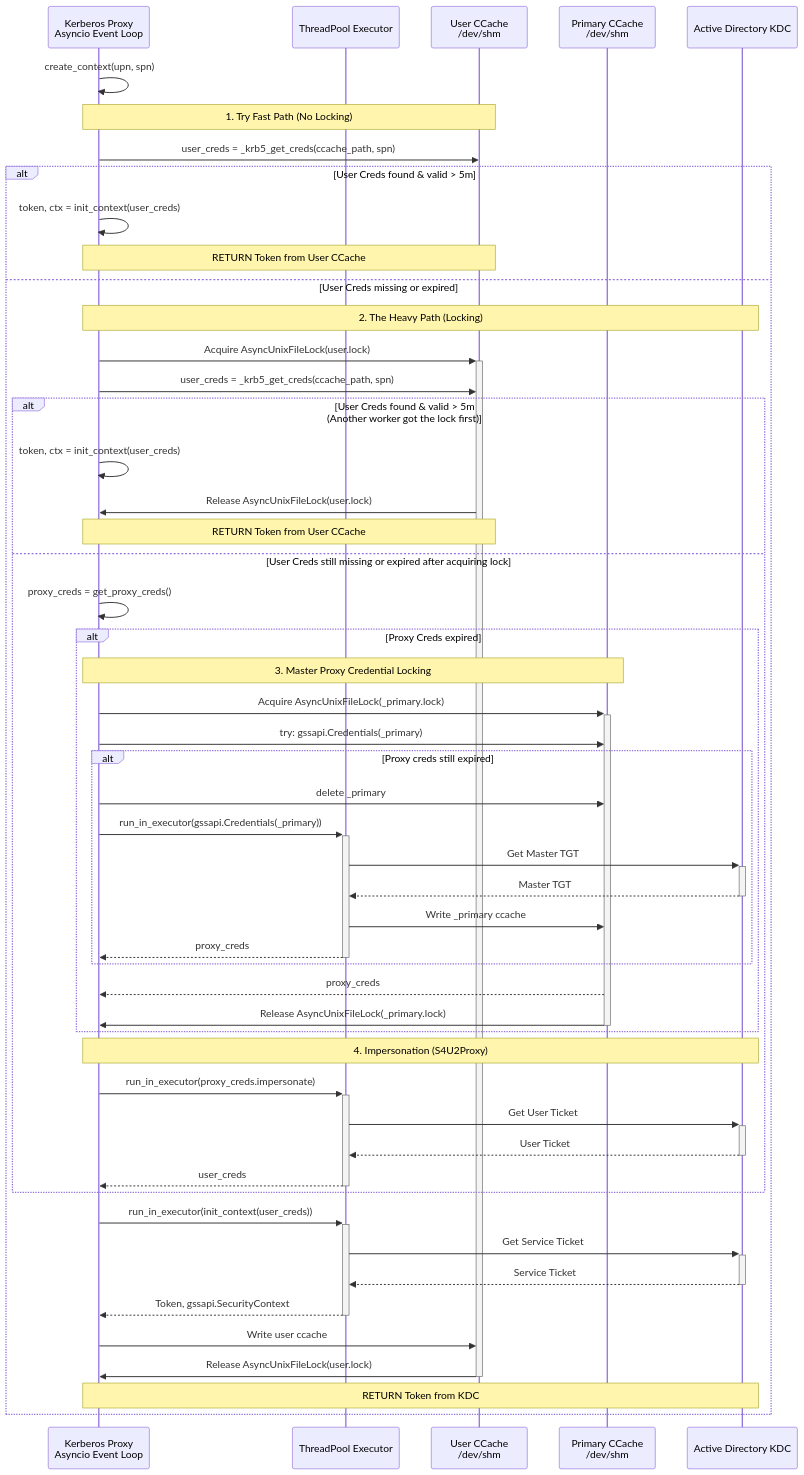
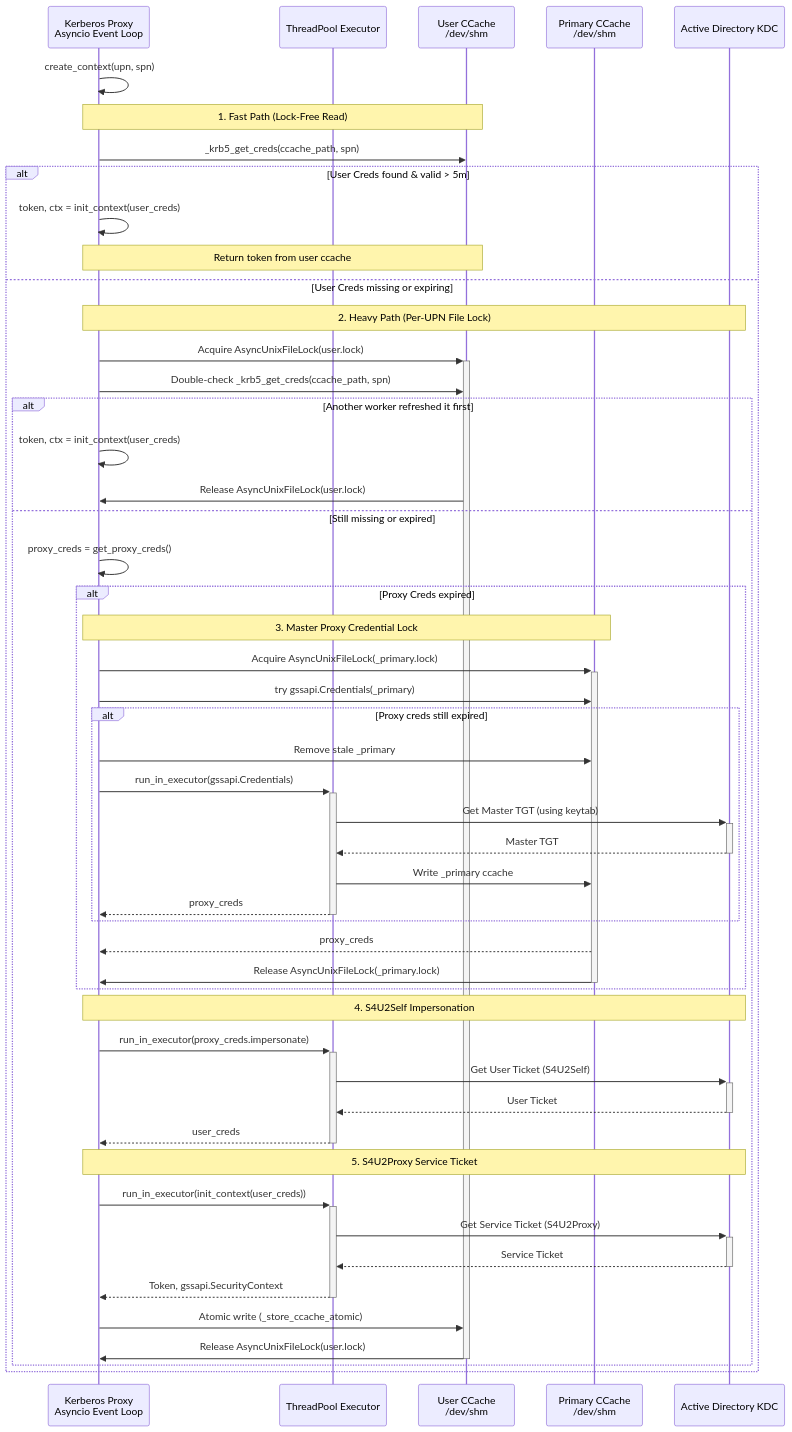
One commit to BotoX/msxproxy changed the third of 3 diagrams in s4u2api/README.md. Above: the diagram before and after it, drawn with Mermaid. The commit also changed other lines of this file and 72 other files, not shown here.

````diff
--- a/s4u2api/README.md
+++ b/s4u2api/README.md
@@ -68,65 +69,58 @@
 ```mermaid
 sequenceDiagram
-    participant EventLoop as Kerberos Proxy<br>Asyncio Event Loop
+    participant EventLoop as Kerberos Proxy<br/>Asyncio Event Loop
     participant Executor as ThreadPool Executor
-    participant UCache as User CCache<br>/dev/shm
-    participant PCache as Primary CCache<br>/dev/shm
+    participant UCache as User CCache<br/>/dev/shm
+    participant PCache as Primary CCache<br/>/dev/shm
     participant KDC as Active Directory KDC
 
     EventLoop->>EventLoop: create_context(upn, spn)
 
-    Note over EventLoop, UCache: 1. Try Fast Path (No Locking)
-    EventLoop->>UCache: user_creds = _krb5_get_creds(ccache_path, spn)
+    Note over EventLoop, UCache: 1. Fast Path (Lock-Free Read)
+    EventLoop->>UCache: _krb5_get_creds(ccache_path, spn)
 
     alt User Creds found & valid > 5m
         EventLoop->>EventLoop: token, ctx = init_context(user_creds)
-        Note over EventLoop, UCache: RETURN Token from User CCache
+        Note over EventLoop, UCache: Return token from user ccache
+    else User Creds missing or expiring
+        Note over EventLoop, KDC: 2. Heavy Path (Per-UPN File Lock)
+        EventLoop->>+UCache: Acquire AsyncUnixFileLock(user.lock)
+        EventLoop->>UCache: Double-check _krb5_get_creds(ccache_path, spn)
 
-    else User Creds missing or expired
-        Note over EventLoop, KDC: 2. The Heavy Path (Locking)
-        EventLoop->>+UCache: Acquire AsyncUnixFileLock(user.lock)
-
-        EventLoop->>UCache: user_creds = _krb5_get_creds(ccache_path, spn)
-
-        alt User Creds found & valid > 5m<br>(Another worker got the lock first)
+        alt Another worker refreshed it first
             EventLoop->>EventLoop: token, ctx = init_context(user_creds)
             UCache->>EventLoop: Release AsyncUnixFileLock(user.lock)
-            Note over EventLoop, UCache: RETURN Token from User CCache
-
-        else User Creds still missing or expired after acquiring lock
+        else Still missing or expired
             EventLoop->>EventLoop: proxy_creds = get_proxy_creds()
             alt Proxy Creds expired
-                Note over EventLoop, PCache: 3. Master Proxy Credential Locking
+                Note over EventLoop, PCache: 3. Master Proxy Credential Lock
                 EventLoop->>+PCache: Acquire AsyncUnixFileLock(_primary.lock)
-                EventLoop->>PCache: try: gssapi.Credentials(_primary)
+                EventLoop->>PCache: try gssapi.Credentials(_primary)
                 alt Proxy creds still expired
-                    EventLoop->>PCache: delete _primary
-                    EventLoop->>+Executor: run_in_executor(gssapi.Credentials(_primary))
-                    Executor->>+KDC: Get Master TGT
+                    EventLoop->>PCache: Remove stale _primary
+                    EventLoop->>+Executor: run_in_executor(gssapi.Credentials)
+                    Executor->>+KDC: Get Master TGT (using keytab)
                     KDC-->>-Executor: Master TGT
                     Executor->>PCache: Write _primary ccache
                     Executor-->>-EventLoop: proxy_creds
                 end
                 PCache-->>EventLoop: proxy_creds
                 PCache->>-EventLoop: Release AsyncUnixFileLock(_primary.lock)
             end
 
-            Note over EventLoop, KDC: 4. Impersonation (S4U2Proxy)
+            Note over EventLoop, KDC: 4. S4U2Self Impersonation
             EventLoop->>+Executor: run_in_executor(proxy_creds.impersonate)
-            Executor->>+KDC: Get User Ticket
+            Executor->>+KDC: Get User Ticket (S4U2Self)
             KDC-->>-Executor: User Ticket
             Executor-->>-EventLoop: user_creds
+
+            Note over EventLoop, KDC: 5. S4U2Proxy Service Ticket
+            EventLoop->>+Executor: run_in_executor(init_context(user_creds))
+            Executor->>+KDC: Get Service Ticket (S4U2Proxy)
+            KDC-->>-Executor: Service Ticket
+            Executor-->>-EventLoop: Token, gssapi.SecurityContext
+            EventLoop->>UCache: Atomic write (_store_ccache_atomic)
+            UCache->>-EventLoop: Release AsyncUnixFileLock(user.lock)
         end
-
-        EventLoop->>+Executor: run_in_executor(init_context(user_creds))
-        Executor->>+KDC: Get Service Ticket
-        KDC-->>-Executor: Service Ticket
-        Executor-->>-EventLoop: Token, gssapi.SecurityContext
-        EventLoop->>UCache: Write user ccache
-
-        UCache->>-EventLoop: Release AsyncUnixFileLock(user.lock)
-
-        Note over EventLoop, KDC: RETURN Token from KDC
-
     end
 ```
````
